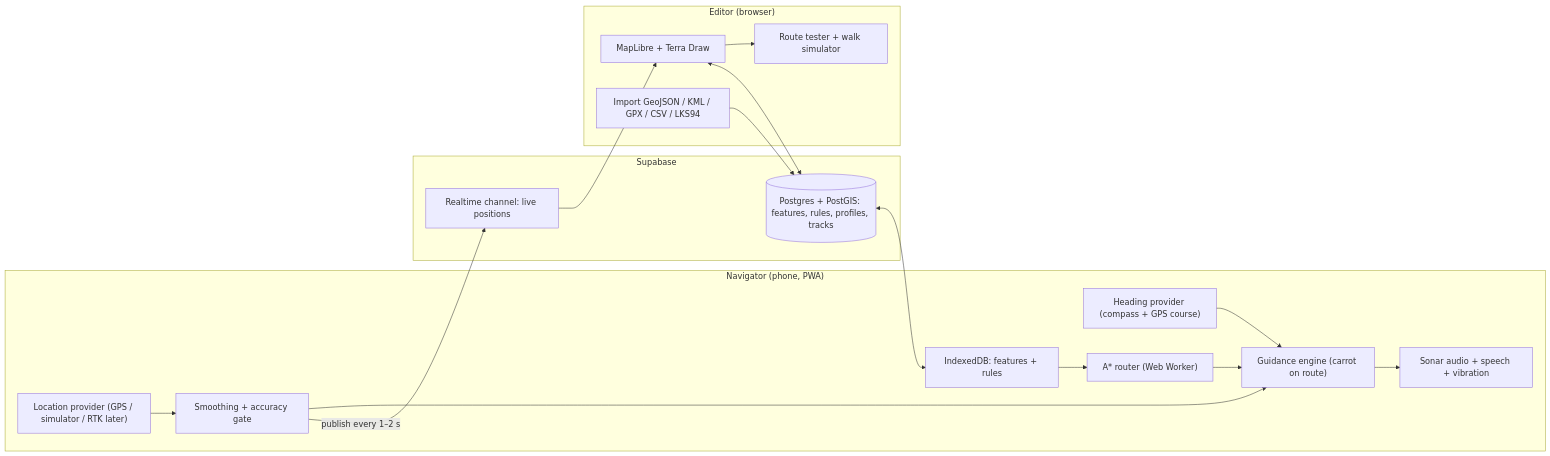
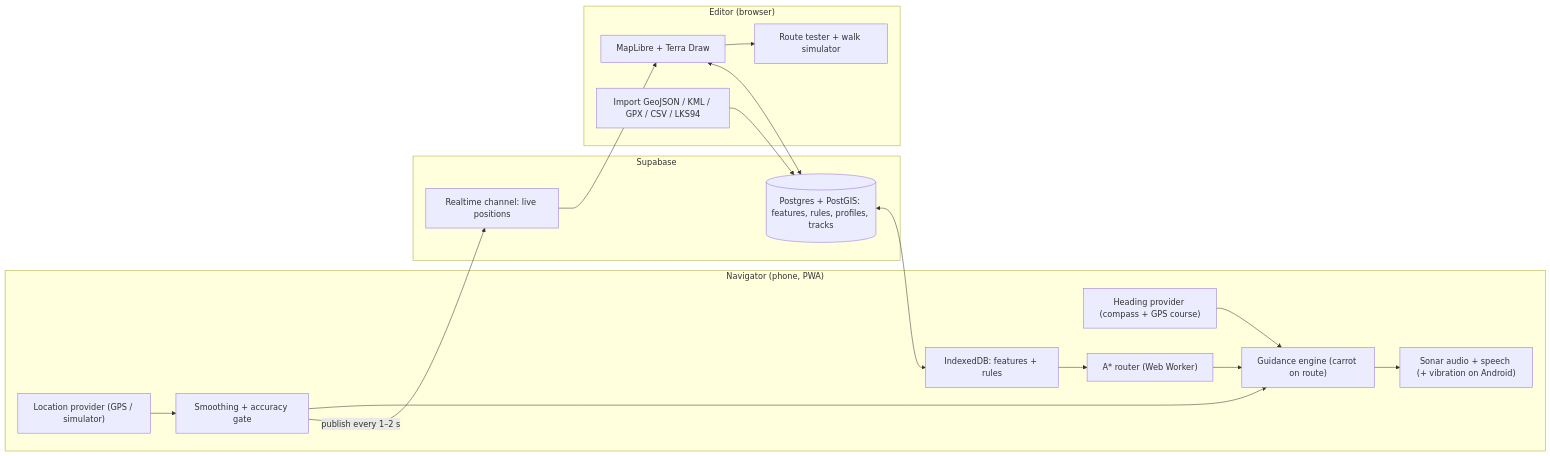
The diagram in docs/PLAN.md (LeVilius2/alouna), drawn with Mermaid before and after one commit. The commit also changed other lines of this file and 3 other files, not shown here.

````diff
--- a/docs/PLAN.md
+++ b/docs/PLAN.md
@@ -36,23 +36,23 @@
 ```mermaid
 flowchart LR
   subgraph Phone["Navigator (phone, PWA)"]
-    GPS["Location provider (GPS / simulator / RTK later)"] --> Filter["Smoothing + accuracy gate"]
+    GPS["Location provider (GPS / simulator)"] --> Filter["Smoothing + accuracy gate"]
     Compass["Heading provider (compass + GPS course)"] --> Guide
     Filter --> Guide["Guidance engine (carrot on route)"]
     Cache["IndexedDB: features + rules"] --> Router["A* router (Web Worker)"]
     Router --> Guide
-    Guide --> Audio["Sonar audio + speech + vibration"]
+    Guide --> Audio["Sonar audio + speech (+ vibration on Android)"]
   end
   subgraph Cloud["Supabase"]
     DB[("Postgres + PostGIS: features, rules, profiles, tracks")]
     RT["Realtime channel: live positions"]
   end
   subgraph Editor["Editor (browser)"]
     Map["MapLibre + Terra Draw"] --> Test["Route tester + walk simulator"]
     Import["Import GeoJSON / KML / GPX / CSV / LKS94"]
   end
   DB <--> Cache
   Filter -- "publish every 1–2 s" --> RT --> Map
   Map <--> DB
   Import --> DB
 ```
````
